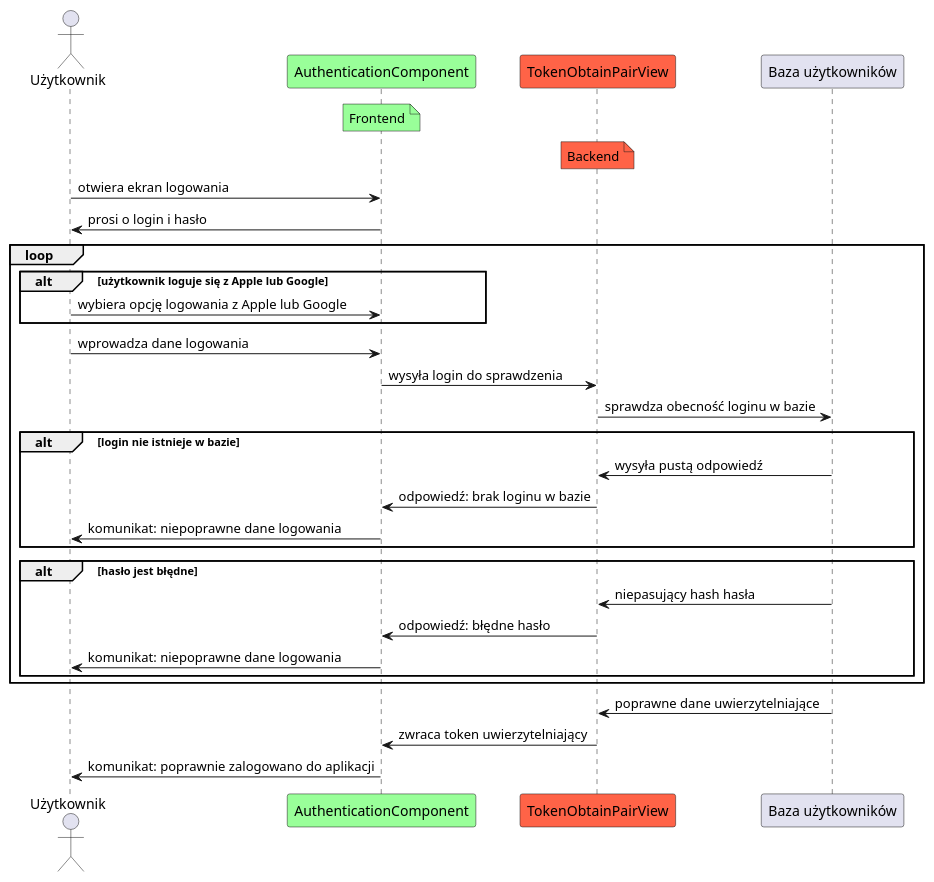
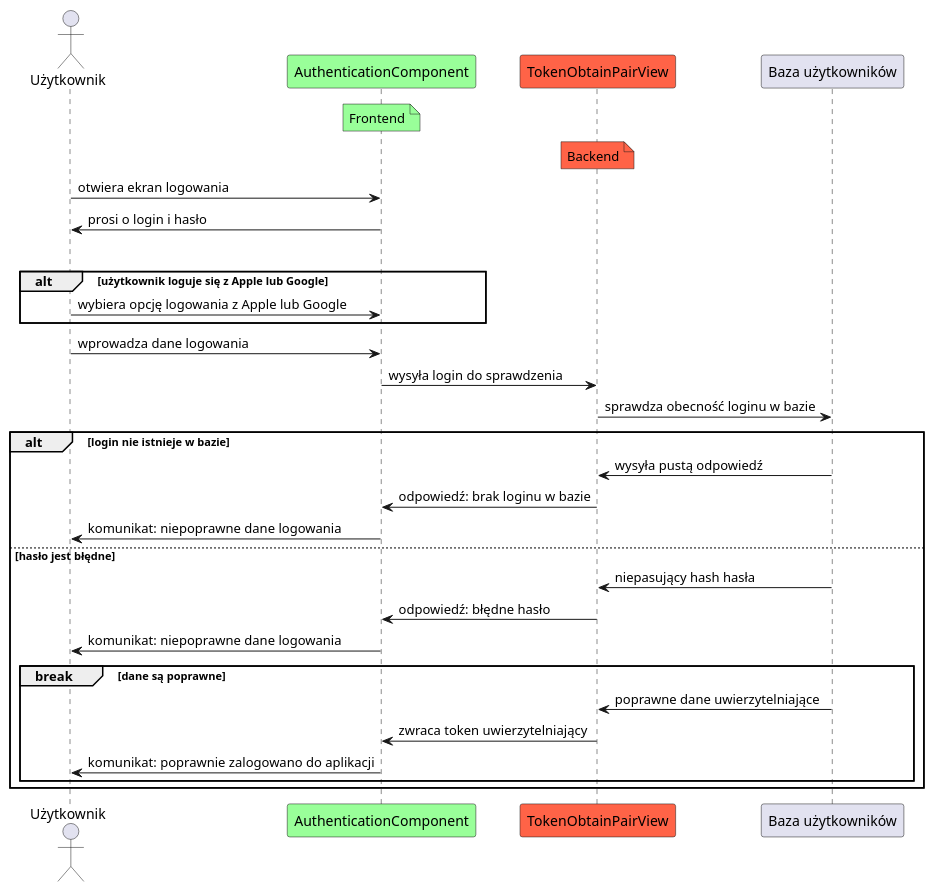
The diagram in docs/login_sequence.md (amelinium23/food-ordering-and-delivering-service), drawn with PlantUML before and after one commit. The commit also changed 4 other files, not shown here.

Commit message:
Diagrams fixed!

````diff
--- a/docs/login_sequence.md
+++ b/docs/login_sequence.md
@@ -1,38 +1,38 @@
 ```plantuml
 @startuml login
 actor Użytkownik as user
 participant "AuthenticationComponent" as log #99FF99
 participant "TokenObtainPairView" as api #FF6347
 participant "Baza użytkowników" as db
 note over log #99FF99
 Frontend
 end note
 note over api #FF6347
 Backend
 end note
 
 user -> log : otwiera ekran logowania
 user <- log : prosi o login i hasło
 loop
     alt użytkownik loguje się z Apple lub Google
         user -> log : wybiera opcję logowania z Apple lub Google
     end
     user -> log : wprowadza dane logowania
     log -> api : wysyła login do sprawdzenia
- api -> db : sprawdza obecność loginu w bazie
+    api -> db : sprawdza obecność loginu w bazie
     alt login nie istnieje w bazie
         db -> api : wysyła pustą odpowiedź
         log <- api : odpowiedź: brak loginu w bazie
         user <- log : komunikat: niepoprawne dane logowania
-    end
-    alt hasło jest błędne
+    else hasło jest błędne
         db -> api : niepasujący hash hasła
         log <- api : odpowiedź: błędne hasło
         user <- log : komunikat: niepoprawne dane logowania
-    end
+    break dane są poprawne
+        api <- db: poprawne dane uwierzytelniające
+        log <- api: zwraca token uwierzytelniający
+        user <- log: komunikat: poprawnie zalogowano do aplikacji
+    end 
 end
-api <- db: poprawne dane uwierzytelniające
-log <- api: zwraca token uwierzytelniający
-user <- log: komunikat: poprawnie zalogowano do aplikacji
 @enduml
 ```
````
